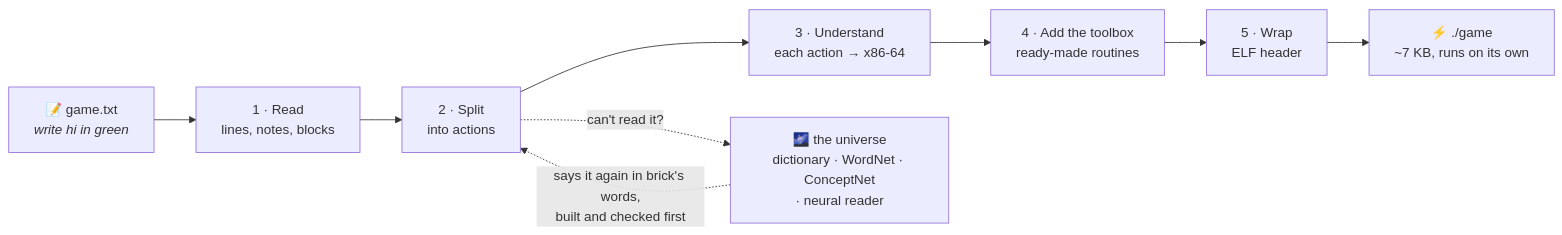
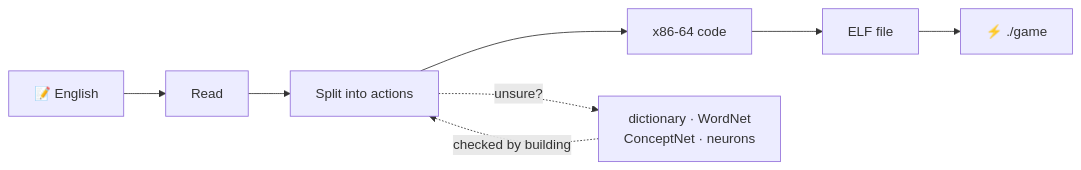
One commit to tuniveza/symbolizer changed the diagram in brick/README.md. Above: the diagram before and after it, drawn with Mermaid. The commit also changed other lines of this file and 1 other file, not shown here.

Commit message:
READMEs: short and simple (Symbolizer 465 → ~190 lines, brick 712 → ~200)

````diff
--- a/brick/README.md
+++ b/brick/README.md
@@ -351,11 +123,6 @@
 ```mermaid
 flowchart LR
-    A["📝 game.txt<br><i>write hi in green</i>"] --> B["1 · Read<br>lines, notes, blocks"]
-    B --> C["2 · Split<br>into actions"]
-    C --> D["3 · Understand<br>each action → x86-64"]
-    D --> E["4 · Add the toolbox<br>ready-made routines"]
-    E --> F["5 · Wrap<br>ELF header"]
-    F --> G["⚡ ./game<br>~7 KB, runs on its own"]
-    C -. "can't read it?" .-> U["🌌 the universe<br>dictionary · WordNet · ConceptNet<br>· neural reader"]
-    U -. "says it again in brick's words,<br>built and checked first" .-> C
+    A["📝 English"] --> B["Read"] --> C["Split into actions"] --> D["x86-64 code"] --> E["ELF file"] --> F["⚡ ./game"]
+    C -. "unsure?" .-> U["dictionary · WordNet<br>ConceptNet · neurons"]
+    U -. "checked by building" .-> C
 ```
````
